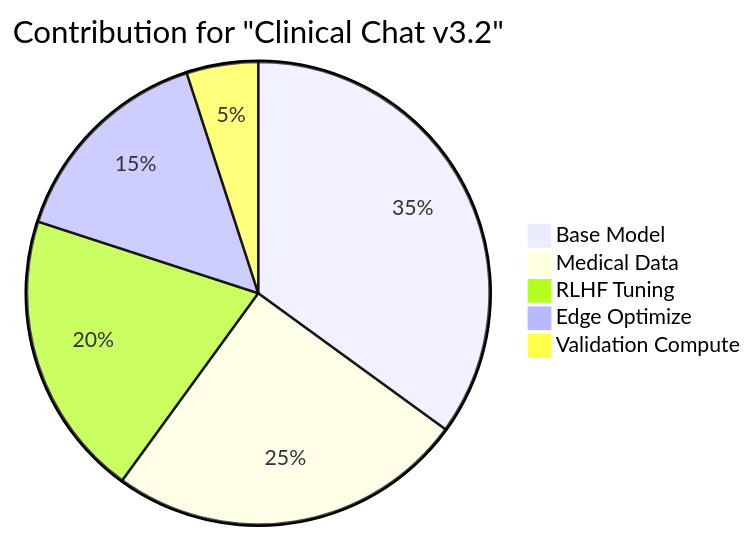
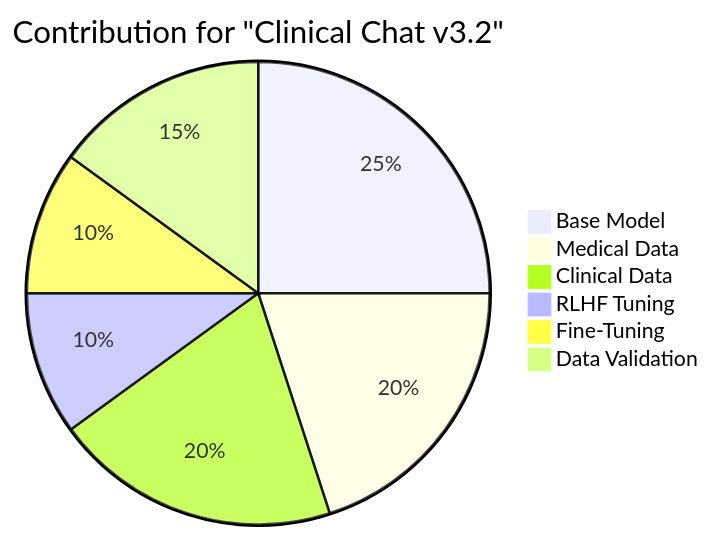
One commit to hetu-project/model-graph changed the second of 2 diagrams in README.md. Above: the diagram before and after it, drawn with Mermaid.

````diff
--- a/README.md
+++ b/README.md
@@ -70,9 +70,10 @@
 ```mermaid
 pie
     title Contribution for "Clinical Chat v3.2"
-    "Base Model" : 35
-    "Medical Data" : 25
-    "RLHF Tuning" : 20
-    "Edge Optimize" : 15
-    "Validation Compute" : 5
+    "Base Model" : 25
+    "Medical Data" : 20
+    "Clinical Data" : 20
+    "RLHF Tuning" : 10
+    "Fine-Tuning" : 10
+    "Data Validation" : 15
 ```
````
